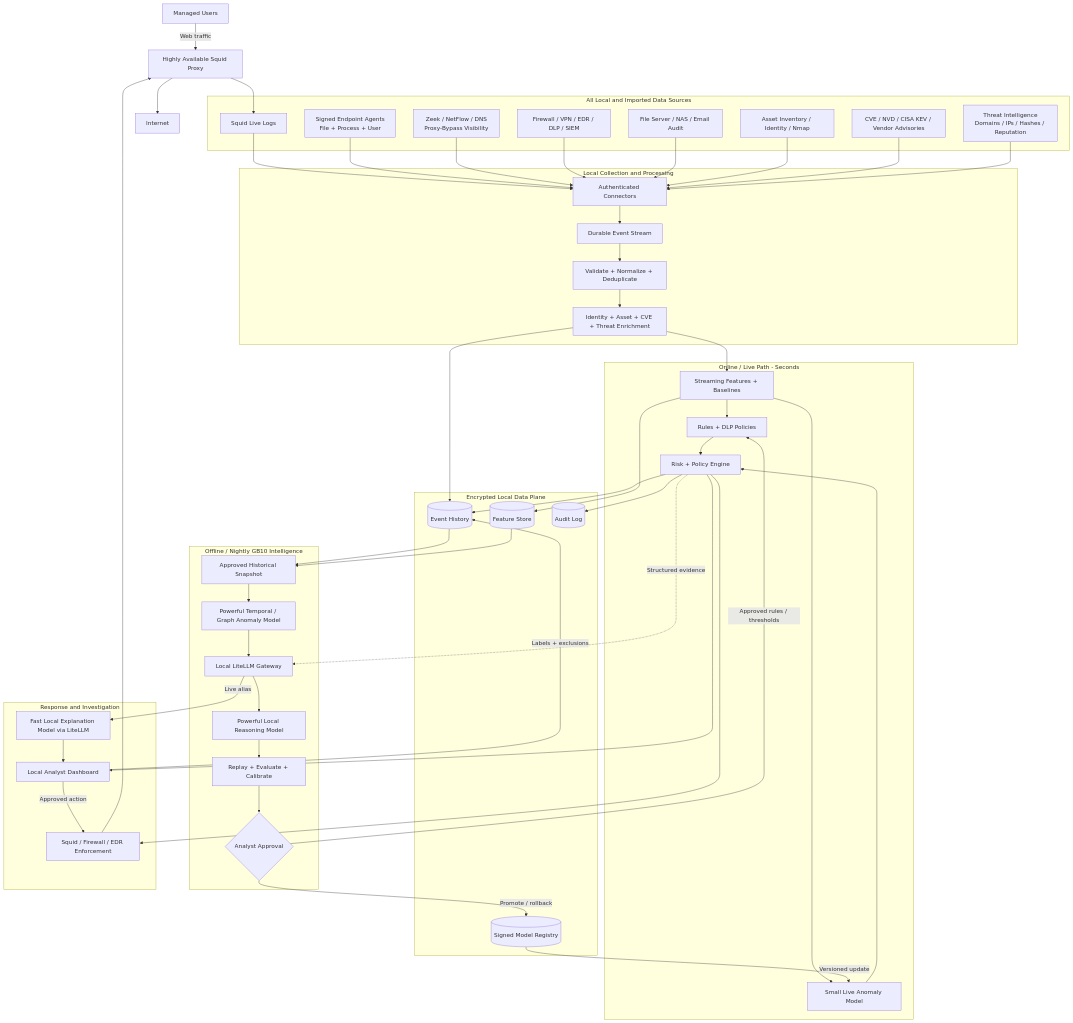
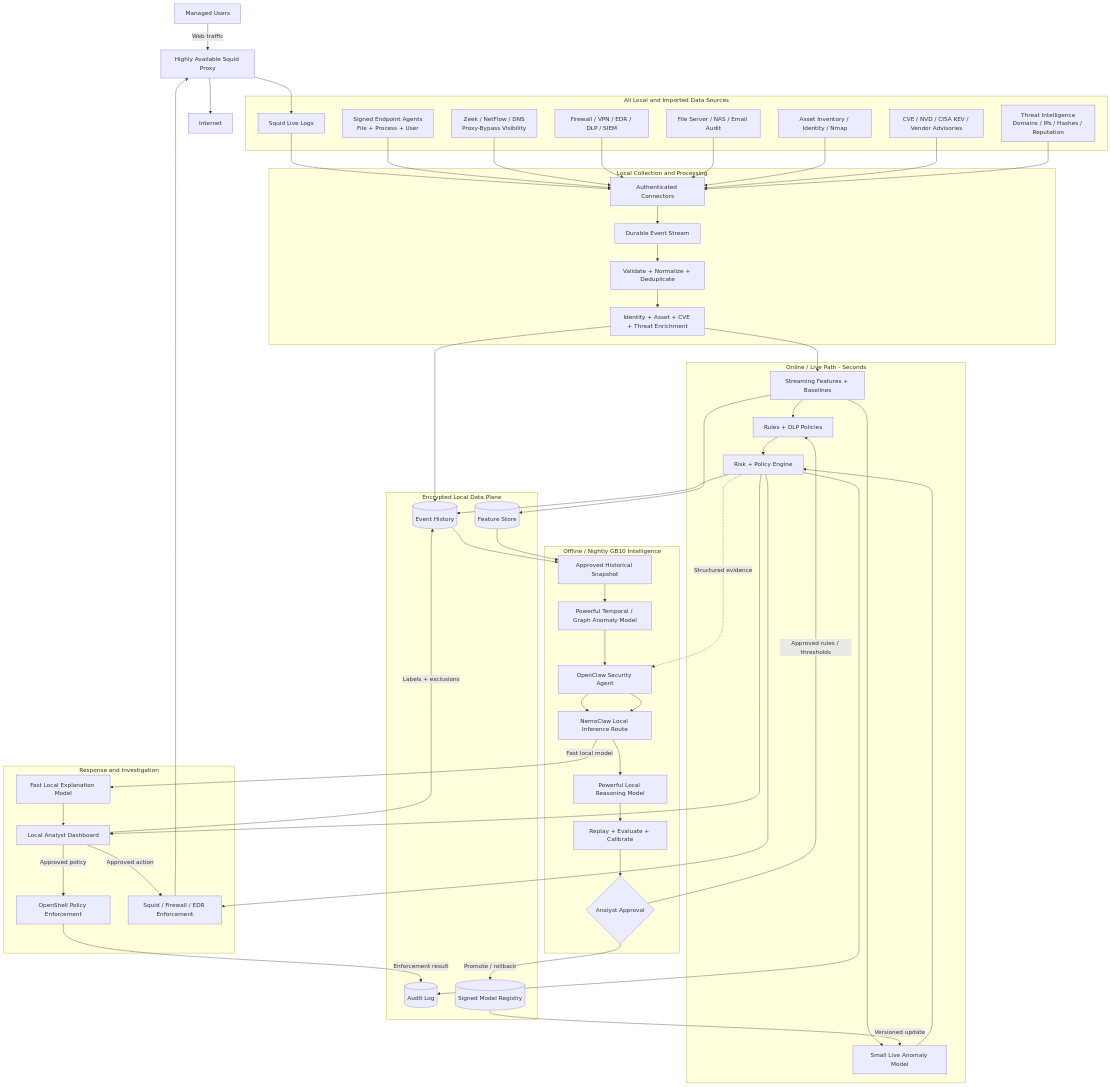
The third of 3 diagrams in docs/exfiltration-protection-architecture.md (ric03uec/dell-x-nvidia-hackathon), drawn with Mermaid before and after one commit. The commit also changed other lines of this file and 1 other file, not shown here.

````diff
--- a/docs/exfiltration-protection-architecture.md
+++ b/docs/exfiltration-protection-architecture.md
@@ -444,7 +450,7 @@
         SQLOG[Squid Live Logs]
         AGENTS[Signed Endpoint Agents\nFile + Process + User]
         NETWORK[Zeek / NetFlow / DNS\nProxy-Bypass Visibility]
-        SECURITY[Firewall / VPN / EDR / DLP / SIEM]
+        SECURITYLOGS[Firewall / VPN / EDR / DLP / SIEM]
         BUSINESS[File Server / NAS / Email Audit]
         ASSETS[Asset Inventory / Identity / Nmap]
         VULN[CVE / NVD / CISA KEV / Vendor Advisories]
@@ -463,7 +469,7 @@
     SQLOG --> CONNECTORS
     AGENTS --> CONNECTORS
     NETWORK --> CONNECTORS
-    SECURITY --> CONNECTORS
+    SECURITYLOGS --> CONNECTORS
     BUSINESS --> CONNECTORS
     ASSETS --> CONNECTORS
     VULN --> CONNECTORS
@@ -498,7 +504,8 @@
     subgraph Offline[Offline / Nightly GB10 Intelligence]
         DATASET[Approved Historical Snapshot]
         DEEP[Powerful Temporal / Graph Anomaly Model]
-        LITELLM[Local LiteLLM Gateway]
+        AGENTSEC[OpenClaw Security Agent]
+        NEMO[NemoClaw Local Inference Route]
         REASON[Powerful Local Reasoning Model]
         EVALUATE[Replay + Evaluate + Calibrate]
         GATE{Analyst Approval}
@@ -506,22 +513,26 @@
 
     HISTORY --> DATASET
     FEATURESTORE --> DATASET
-    DATASET --> DEEP --> LITELLM --> REASON --> EVALUATE --> GATE
+    DATASET --> DEEP --> AGENTSEC --> NEMO --> REASON --> EVALUATE --> GATE
     GATE -->|Promote / rollback| REGISTRY
     REGISTRY -->|Versioned update| SMALL
     GATE -->|Approved rules / thresholds| RULES
 
     subgraph Response[Response and Investigation]
         DASHBOARD[Local Analyst Dashboard]
-        EXPLAIN[Fast Local Explanation Model via LiteLLM]
+        EXPLAIN[Fast Local Explanation Model]
+        OPENSHELL[OpenShell Policy Enforcement]
         ENFORCE[Squid / Firewall / EDR Enforcement]
     end
 
     RISK --> DASHBOARD
-    RISK -.->|Structured evidence| LITELLM
-    LITELLM -->|Live alias| EXPLAIN --> DASHBOARD
+    RISK -.->|Structured evidence| AGENTSEC
+    AGENTSEC --> NEMO
+    NEMO -->|Fast local model| EXPLAIN --> DASHBOARD
     RISK --> ENFORCE
+    DASHBOARD -->|Approved policy| OPENSHELL
     DASHBOARD -->|Approved action| ENFORCE
+    OPENSHELL -->|Enforcement result| AUDIT
     ENFORCE --> SQUID
     DASHBOARD -->|Labels + exclusions| HISTORY
 ```
````
